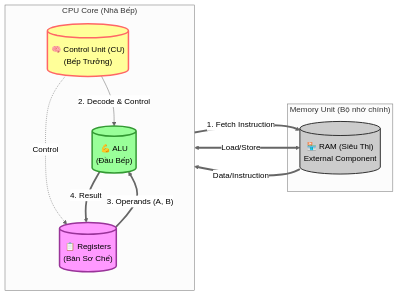
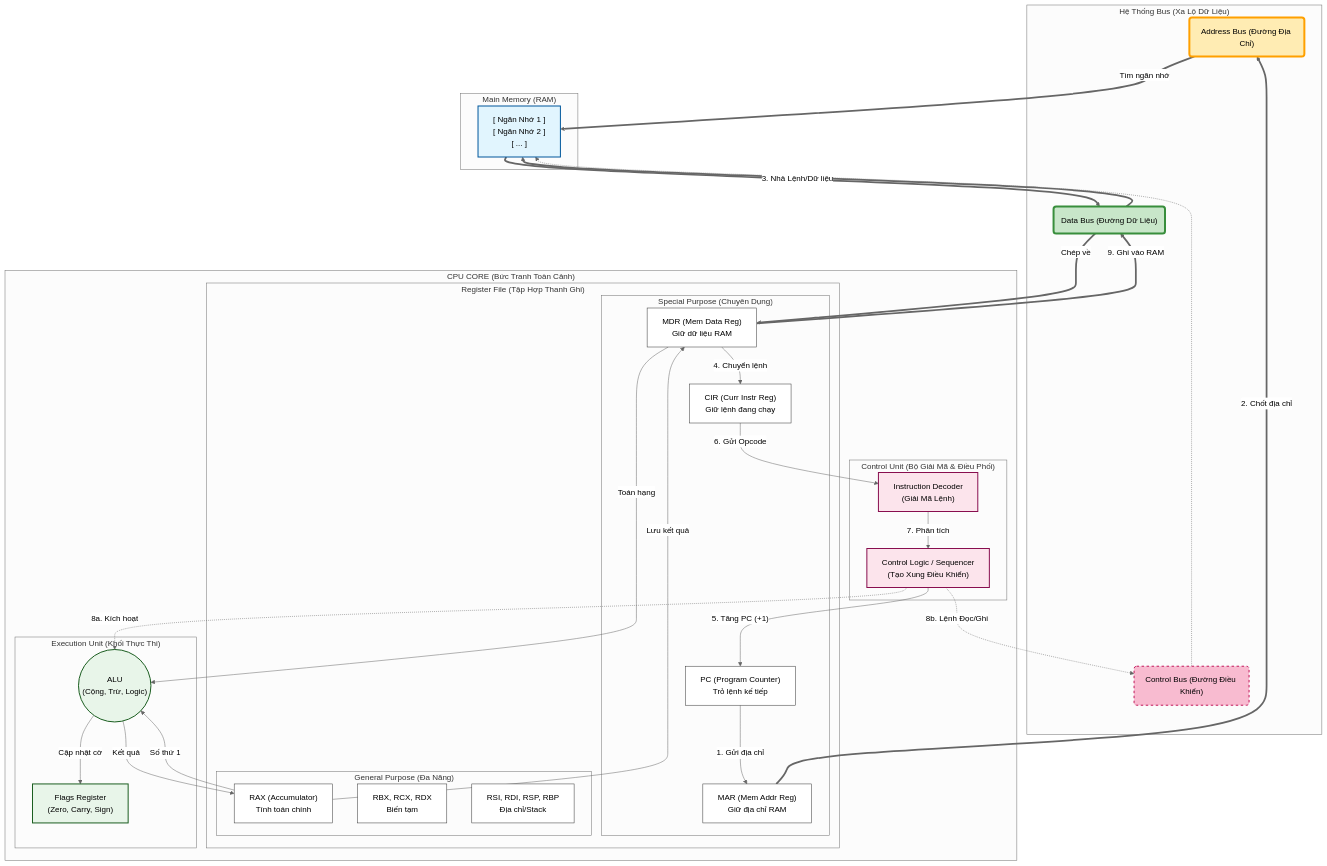
Before and after one commit to QuyGDb/high-performance-: the first of 8 diagrams in Assets/Documentation/ComputerArchitecture/ComputerArchitecture_Ch1_2.md, drawn with Mermaid (neutral theme). The commit also changed other lines of this file, not shown here.

````diff
--- a/Assets/Documentation/ComputerArchitecture/ComputerArchitecture_Ch1_2.md
+++ b/Assets/Documentation/ComputerArchitecture/ComputerArchitecture_Ch1_2.md
@@ -1051,35 +1084,78 @@
 ```mermaid
-graph LR
-    subgraph RAM_Zone ["Memory Unit (Bộ nhớ chính)"]
-        RAM[("🏪 RAM (Siêu Thị)<br/>External Component")]
+graph TD
+    %% Styling
+    classDef memory fill:#e1f5fe,stroke:#01579b,stroke-width:2px
+    classDef cpu fill:#fff3e0,stroke:#e65100,stroke-width:3px
+    classDef control fill:#fce4ec,stroke:#880e4f,stroke-width:2px
+    classDef alu fill:#e8f5e9,stroke:#1b5e20,stroke-width:2px
+    classDef reg fill:#fff,stroke:#333,stroke-width:1px
+    classDef bus_a fill:#ffecb3,stroke:#ffa000,stroke-width:4px
+    classDef bus_d fill:#c8e6c9,stroke:#388e3c,stroke-width:4px
+    classDef bus_c fill:#f8bbd0,stroke:#c2185b,stroke-width:2px,stroke-dasharray: 5 5
+
+    subgraph SYSTEM_BUS ["Hệ Thống Bus (Xa Lộ Dữ Liệu)"]
+        ABus("Address Bus (Đường Địa Chỉ)"):::bus_a
+        DBus("Data Bus (Đường Dữ Liệu)"):::bus_d
+        CBus("Control Bus (Đường Điều Khiển)"):::bus_c
     end
 
-    subgraph CPU_Zone ["CPU Core (Nhà Bếp)"]
-        direction TB
-        
-        %% Components
-        CU[("🧠 Control Unit (CU)<br/>(Bếp Trưởng)")]
-        Regs[("📋 Registers<br/>(Bàn Sơ Chế)")]
-        ALU[("💪 ALU<br/>(Đầu Bếp)")]
-        
-        %% Internal Connections
-        CU --"2. Decode & Control"--> ALU
-        CU -.->|"Control"| Regs
-        Regs == "3. Operands (A, B)" ==> ALU
-        ALU == "4. Result" ==> Regs
+    subgraph RAM ["Main Memory (RAM)"]
+        RAM_Cells["[ Ngăn Nhớ 1 ]\n[ Ngăn Nhớ 2 ]\n[ ... ]"]:::memory
     end
 
-    %% Bus Connections
-    CU --"1. Fetch Instruction"--> RAM
-    RAM --"Data/Instruction"--> CU
-    Regs <==>|"Load/Store"| RAM
+    subgraph CPU ["CPU CORE (Bức Tranh Toàn Cảnh)"]
+        
+        subgraph CU ["Control Unit (Bộ Giải Mã & Điều Phối)"]
+            Decoder["Instruction Decoder\n(Giải Mã Lệnh)"]:::control
+            Sequencer["Control Logic / Sequencer\n(Tạo Xung Điều Khiển)"]:::control
+        end
 
-    %% Styling
-    style CU fill:#ff9,stroke:#f66,stroke-width:3px
-    style ALU fill:#9f9,stroke:#393,stroke-width:3px
-    style Regs fill:#f9f,stroke:#939,stroke-width:3px
-    style RAM fill:#ccc,stroke:#333,stroke-width:2px
+        subgraph REG_FILE ["Register File (Tập Hợp Thanh Ghi)"]
+            subgraph SPEC ["Special Purpose (Chuyên Dụng)"]
+                PC["PC (Program Counter)\nTrỏ lệnh kế tiếp"]:::reg
+                MAR["MAR (Mem Addr Reg)\nGiữ địa chỉ RAM"]:::reg
+                MDR["MDR (Mem Data Reg)\nGiữ dữ liệu RAM"]:::reg
+                CIR["CIR (Curr Instr Reg)\nGiữ lệnh đang chạy"]:::reg
+            end
+            subgraph GEN ["General Purpose (Đa Năng)"]
+                ACC["RAX (Accumulator)\nTính toán chính"]:::reg
+                RBX["RBX, RCX, RDX\nBiến tạm"]:::reg
+                PTR["RSI, RDI, RSP, RBP\nĐịa chỉ/Stack"]:::reg
+            end
+        end
+
+        subgraph ALU_BLOCK ["Execution Unit (Khối Thực Thi)"]
+            ALU(("ALU\n(Cộng, Trừ, Logic)")):::alu
+            Flags["Flags Register\n(Zero, Carry, Sign)"]:::alu
+        end
+    end
+
+    %% --- LƯU ĐỒ CHU KỲ (FETCH - DECODE - EXECUTE) ---
+
+    %% Phase 1: FETCH
+    PC -- "1. Gửi địa chỉ" --> MAR
+    MAR == "2. Chốt địa chỉ" ==> ABus
+    ABus == "Tìm ngăn nhớ" ==> RAM_Cells
+    RAM_Cells == "3. Nhả Lệnh/Dữ liệu" ==> DBus
+    DBus == "Chép về" ==> MDR
+    MDR -- "4. Chuyển lệnh" --> CIR
+    Sequencer -- "5. Tăng PC (+1)" --> PC
+
+    %% Phase 2: DECODE
+    CIR -- "6. Gửi Opcode" --> Decoder
+    Decoder -- "7. Phân tích" --> Sequencer
+
+    %% Phase 3: EXECUTE
+    Sequencer -.->|"8a. Kích hoạt"| ALU
+    Sequencer -.->|"8b. Lệnh Đọc/Ghi"| CBus
+    CBus -.-> RAM_Cells
     
-    classDef bus stroke-width:4px,fill:none,stroke:#666;
-    linkStyle 4,5,6 stroke-width:4px;
+    MDR -- "Toán hạng" --> ALU
+    ACC -- "Số thứ 1" --> ALU
+    ALU -- "Kết quả" --> ACC
+    ALU -- "Cập nhật cờ" --> Flags
+    
+    ACC -- "Lưu kết quả" --> MDR
+    MDR == "9. Ghi vào RAM" ==> DBus
+    DBus ==> RAM_Cells
 ```
````
